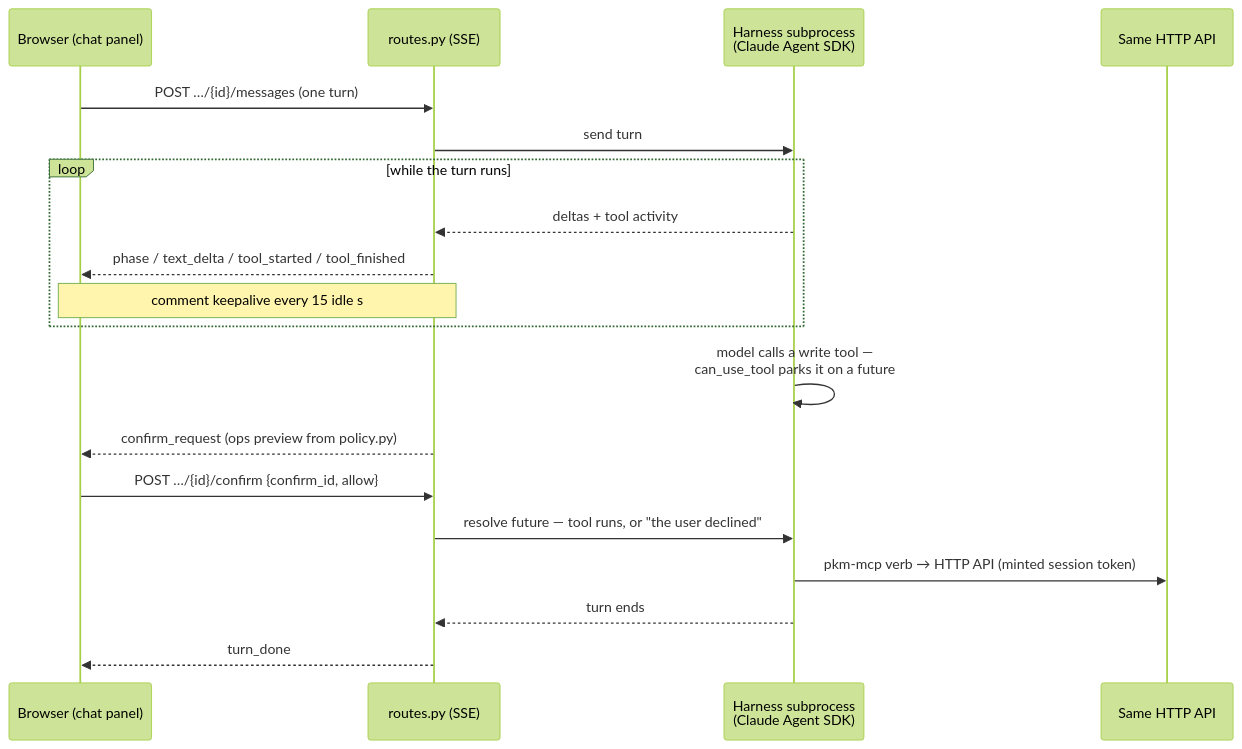
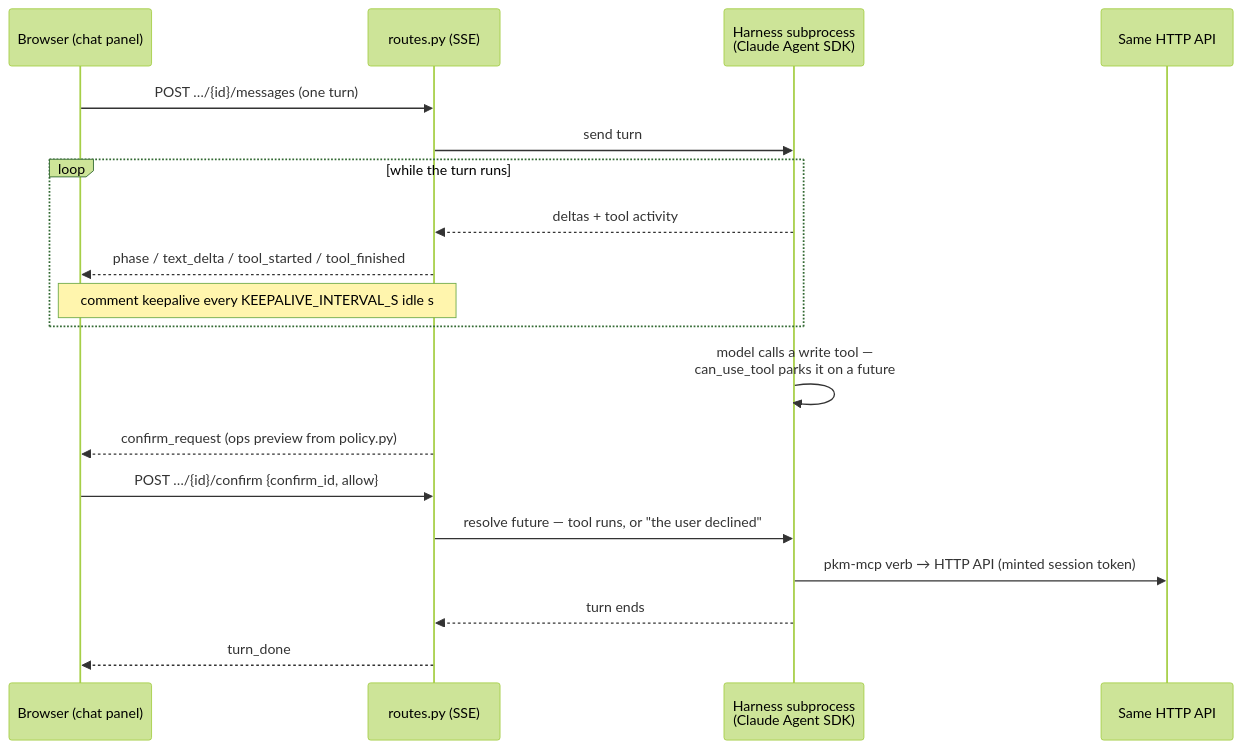
The first of 2 diagrams in docs/architecture/assistant.md (ArthurClune/pkm-system), drawn with Mermaid (forest theme) before and after one commit. The commit also changed other lines of this file and 16 other files, not shown here.

````diff
--- a/docs/architecture/assistant.md
+++ b/docs/architecture/assistant.md
@@ -30,22 +30,22 @@
 ```mermaid
 sequenceDiagram
     participant B as Browser (chat panel)
     participant R as routes.py (SSE)
     participant H as Harness subprocess<br/>(Claude Agent SDK)
     participant A as Same HTTP API
 
     B->>R: POST …/{id}/messages (one turn)
     R->>H: send turn
     loop while the turn runs
         H-->>R: deltas + tool activity
         R-->>B: phase / text_delta / tool_started / tool_finished
-        Note over R,B: comment keepalive every 15 idle s
+        Note over R,B: comment keepalive every KEEPALIVE_INTERVAL_S idle s
     end
     H->>H: model calls a write tool —<br/>can_use_tool parks it on a future
     R-->>B: confirm_request (ops preview from policy.py)
     B->>R: POST …/{id}/confirm {confirm_id, allow}
     R->>H: resolve future — tool runs, or "the user declined"
     H->>A: pkm-mcp verb → HTTP API (minted session token)
     H-->>R: turn ends
     R-->>B: turn_done
 ```
````
